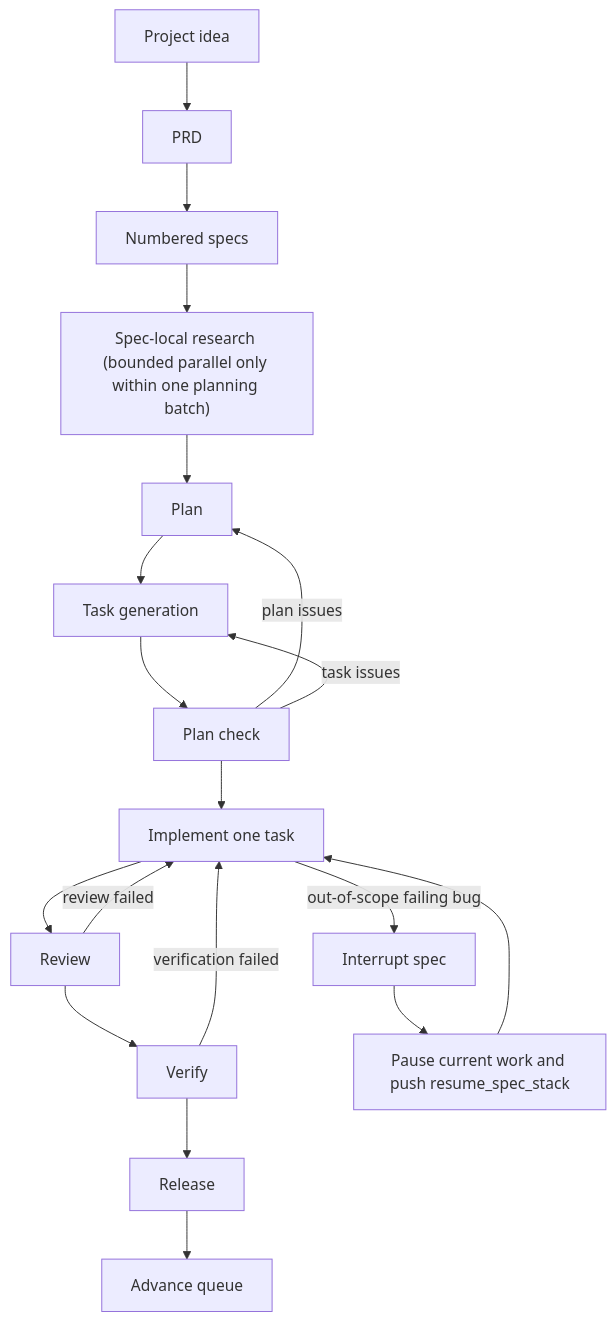
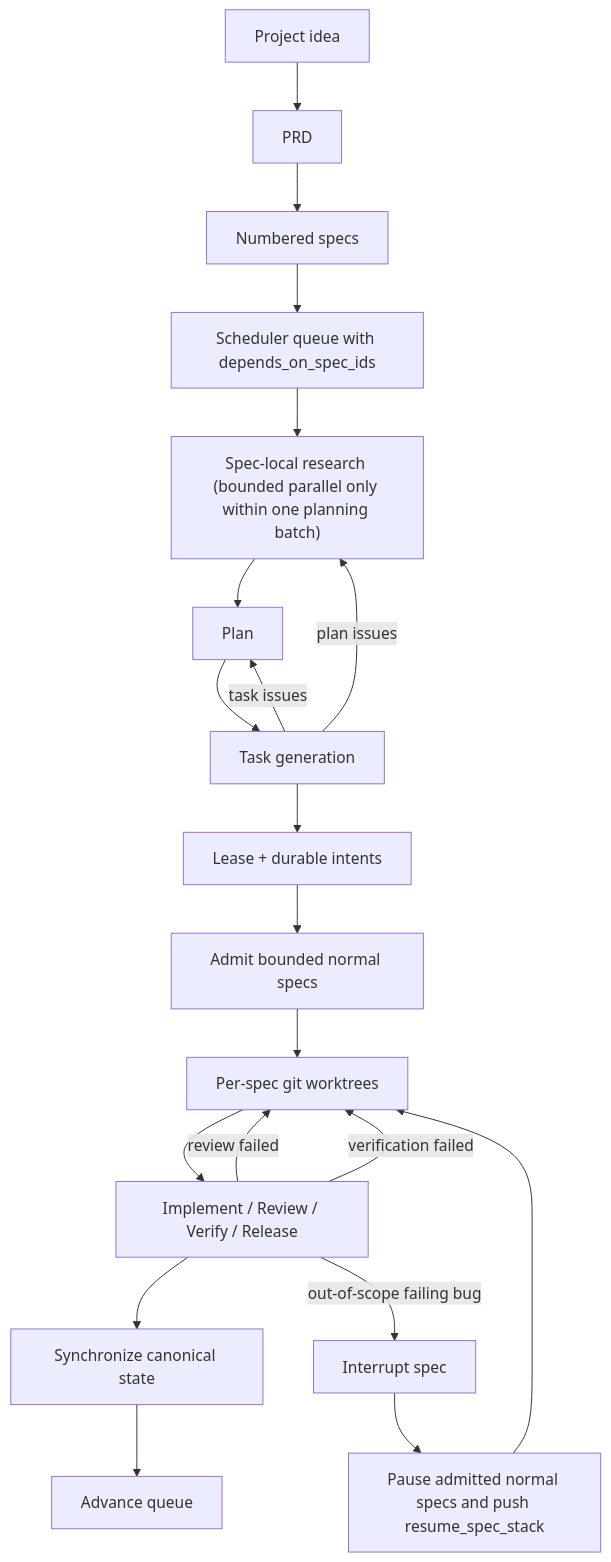
The diagram in README.md (tolulawson/ralph-harness), drawn with Mermaid before and after one commit. The commit also changed other lines of this file and 76 other files, not shown here.

````diff
--- a/README.md
+++ b/README.md
@@ -140,21 +140,22 @@
 ```mermaid
 flowchart TD
     A["Project idea"] --> B["PRD"]
     B --> C["Numbered specs"]
-    C --> D["Spec-local research (bounded parallel only within one planning batch)"]
-    D --> E["Plan"]
-    E --> F["Task generation"]
-    F --> G["Plan check"]
-    G --> H["Implement one task"]
-    H --> I["Review"]
-    I --> J["Verify"]
-    J --> K["Release"]
-    K --> L["Advance queue"]
+    C --> D["Scheduler queue with depends_on_spec_ids"]
+    D --> E["Spec-local research (bounded parallel only within one planning batch)"]
+    E --> F["Plan"]
+    F --> G["Task generation"]
+    G --> H["Lease + durable intents"]
+    H --> I["Admit bounded normal specs"]
+    I --> J["Per-spec git worktrees"]
+    J --> K["Implement / Review / Verify / Release"]
+    K --> L["Synchronize canonical state"]
+    L --> M["Advance queue"]
     G -- "plan issues" --> E
     G -- "task issues" --> F
-    I -- "review failed" --> H
-    J -- "verification failed" --> H
-    H -- "out-of-scope failing bug" --> M["Interrupt spec"]
-    M --> N["Pause current work and push resume_spec_stack"]
-    N --> H
+    K -- "review failed" --> J
+    K -- "verification failed" --> J
+    K -- "out-of-scope failing bug" --> N["Interrupt spec"]
+    N --> O["Pause admitted normal specs and push resume_spec_stack"]
+    O --> J
 ```
````
